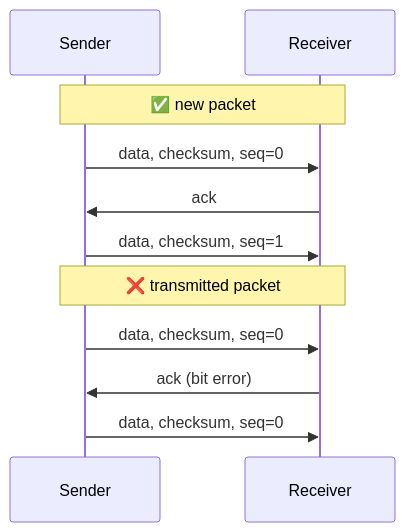
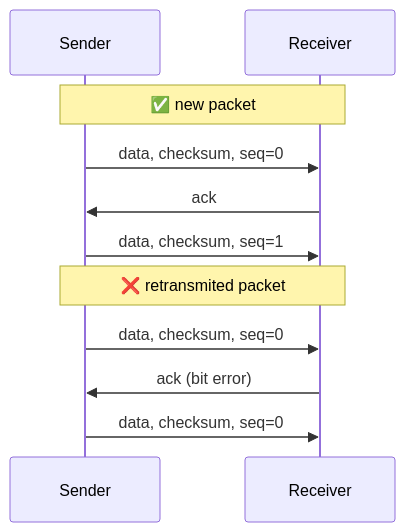
One commit to wdyjwdy/notes changed the fourth of 8 diagrams in network/tcp.md. Above: the diagram before and after it, drawn with Mermaid. The commit also changed other lines of this file, not shown here.

````diff
--- a/network/tcp.md
+++ b/network/tcp.md
@@ -107,15 +109,15 @@
 ```mermaid
 sequenceDiagram
   participant S as Sender
   participant R as Receiver
 
   Note over S, R: ✅ new packet
   S ->> R: data, checksum, seq=0
   R ->> S: ack
   S ->> R: data, checksum, seq=1
 
-  Note over S, R: ❌ transmitted packet
+  Note over S, R: ❌ retransmited packet
   S ->> R: data, checksum, seq=0
   R ->> S: ack (bit error)
   S ->> R: data, checksum, seq=0
 ```
````
